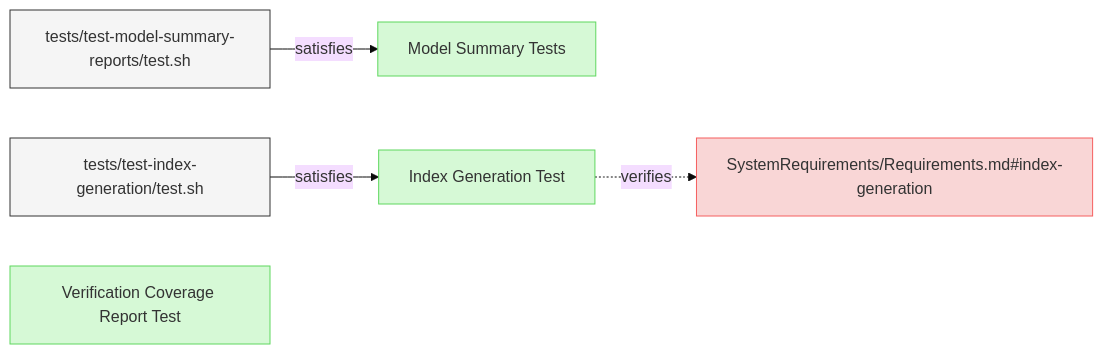
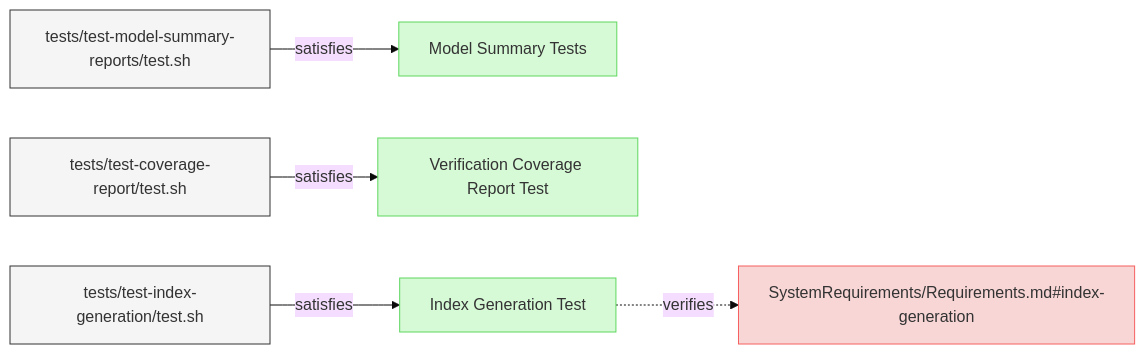
Before and after one commit to reqvire-org/reqvire: the diagram in specifications/Verifications/ReportsTests.md, drawn with Mermaid (base theme). The commit also changed 14 other files, not shown here.

Commit message:
Diagrams updated.

````diff
--- a/specifications/Verifications/ReportsTests.md
+++ b/specifications/Verifications/ReportsTests.md
@@ -6,30 +6,34 @@
 ```mermaid
 graph LR;
   %% Graph styling
   classDef requirement fill:#f9d6d6,stroke:#f55f5f,stroke-width:1px;
   classDef verification fill:#d6f9d6,stroke:#5fd75f,stroke-width:1px;
   classDef externalLink fill:#d0e0ff,stroke:#3080ff,stroke-width:1px;
   classDef default fill:#f5f5f5,stroke:#333333,stroke-width:1px;
 
   76ae69270700044b["Model Summary Tests"];
   class 76ae69270700044b verification;
   click 76ae69270700044b "ReportsTests.md#model-summary-tests";
   7b75340700b95177["tests/test-model-summary-reports/test.sh"];
   class 7b75340700b95177 default;
   click 7b75340700b95177 "../../tests/test-model-summary-reports/test.sh";
   7b75340700b95177 -->|satisfies| 76ae69270700044b;
+  349f5e874cf22d98["Verification Coverage Report Test"];
+  class 349f5e874cf22d98 verification;
+  click 349f5e874cf22d98 "ReportsTests.md#verification-coverage-report-test";
+  7099e5b2f8a08808["tests/test-coverage-report/test.sh"];
+  class 7099e5b2f8a08808 default;
+  click 7099e5b2f8a08808 "../../tests/test-coverage-report/test.sh";
+  7099e5b2f8a08808 -->|satisfies| 349f5e874cf22d98;
   3108f29b131412a3["Index Generation Test"];
   class 3108f29b131412a3 verification;
   click 3108f29b131412a3 "ReportsTests.md#index-generation-test";
   a21995894299effb["SystemRequirements/Requirements.md#index-generation"];
   class a21995894299effb requirement;
   click a21995894299effb "../SystemRequirements/Requirements.md#index-generation";
   3108f29b131412a3 -.->|verifies| a21995894299effb;
   1123809d5f501bf1["tests/test-index-generation/test.sh"];
   class 1123809d5f501bf1 default;
   click 1123809d5f501bf1 "../../tests/test-index-generation/test.sh";
   1123809d5f501bf1 -->|satisfies| 3108f29b131412a3;
-  cc8f4d2e1a9b5748["Verification Coverage Report Test"];
-  class cc8f4d2e1a9b5748 verification;
-  click cc8f4d2e1a9b5748 "ReportsTests.md#verification-coverage-report-test";
 ```
````
